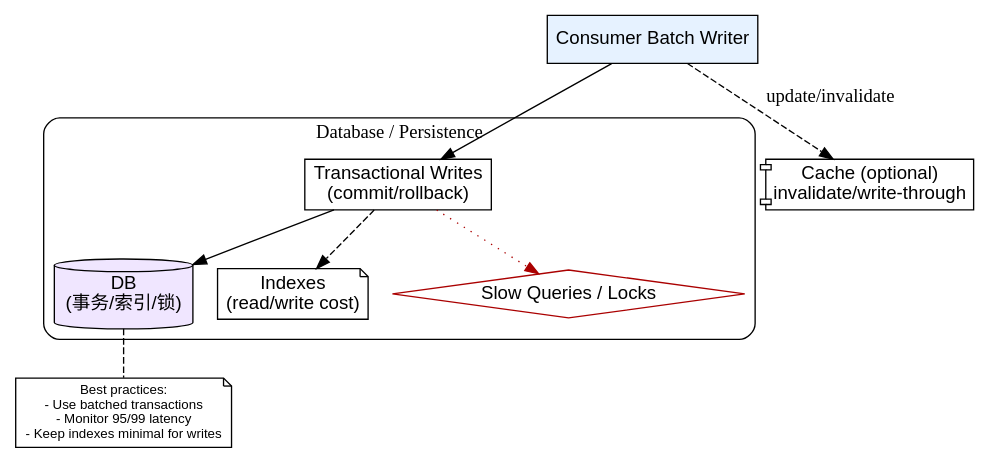
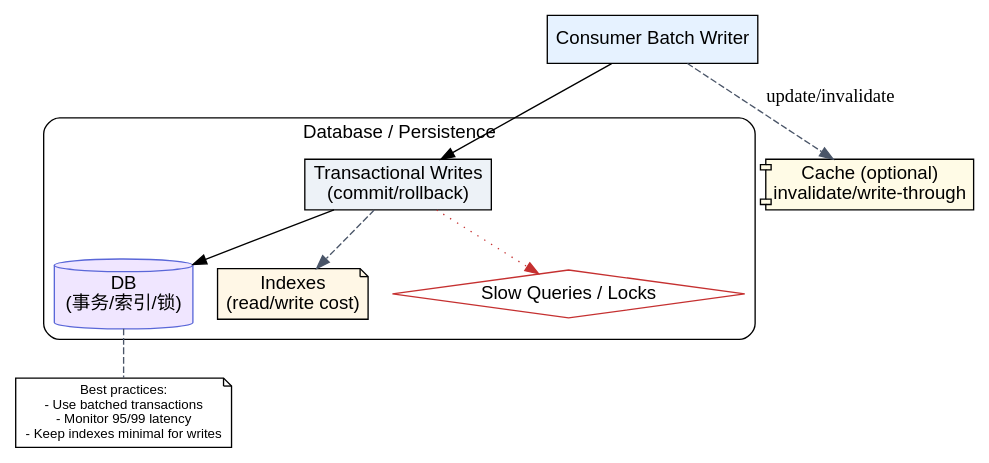
One commit to maxiaolu1981/cretem changed the diagram in doc/plantuml/db_flow.dot. Above: the diagram before and after it, drawn with Graphviz. The commit also changed 26 other files, not shown here.

Commit message:
docs(diagrams): unify graphviz style (palette + fonts) and re-render

```diff
--- a/doc/plantuml/db_flow.dot
+++ b/doc/plantuml/db_flow.dot
@@ -1,25 +1,26 @@
 digraph db_flow {
   rankdir=TB;
-  node [shape=record, fontname="Arial"];
+  graph [fontname="Arial"];
+  node [fontname="Arial", shape=record];
 
   subgraph cluster_db {
     label="Database / Persistence";
     style=rounded;
-    db [label="DB\n(事务/索引/锁)", shape=cylinder, fillcolor="#f0e6ff", style=filled];
-    tx [label="Transactional Writes\n(commit/rollback)", shape=box];
-    idx [label="Indexes\n(read/write cost)", shape=note];
-    slowq [label="Slow Queries / Locks", shape=diamond, color="#aa0000"];
+    db [label="DB\n(事务/索引/锁)", shape=cylinder, fillcolor="#F0E6FF", style=filled, color="#5A67D8"];
+    tx [label="Transactional Writes\n(commit/rollback)", shape=box, fillcolor="#EDF2F7", style=filled];
+    idx [label="Indexes\n(read/write cost)", shape=note, fillcolor="#FFF7E6", style=filled];
+    slowq [label="Slow Queries / Locks", shape=diamond, color="#C53030"];
   }
 
-  app [label="Consumer Batch Writer", shape=box, fillcolor="#e6f2ff", style=filled];
-  cache [label="Cache (optional)\ninvalidate/write-through", shape=component];
+  app [label="Consumer Batch Writer", shape=box, fillcolor="#E6F2FF", style=filled];
+  cache [label="Cache (optional)\ninvalidate/write-through", shape=component, fillcolor="#FFFBE6", style=filled];
 
   app -> tx -> db;
-  tx -> idx [style=dashed];
-  tx -> slowq [style=dotted, color="#aa0000"];
-  app -> cache [label="update/invalidate", style=dashed];
+  tx -> idx [style=dashed, color="#4A5568"];
+  tx -> slowq [style=dotted, color="#C53030"];
+  app -> cache [label="update/invalidate", style=dashed, color="#4A5568"];
 
   // notes
   note1 [label="Best practices:\n- Use batched transactions\n- Monitor 95/99 latency\n- Keep indexes minimal for writes", shape=note, fontsize=10];
-  db -> note1 [style=dashed, arrowhead=none];
+  db -> note1 [style=dashed, arrowhead=none, color="#4A5568"];
 }
```
